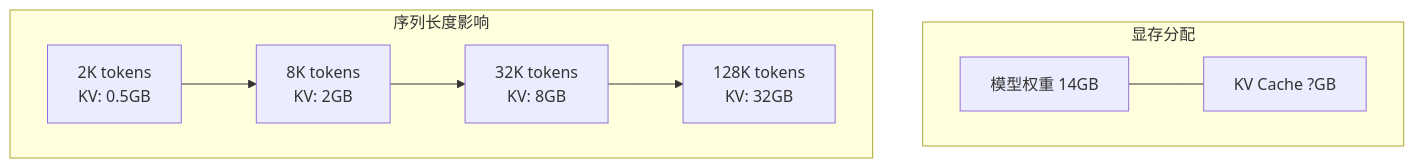
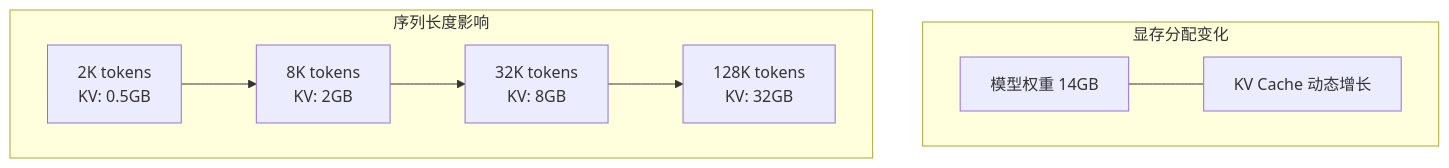
One commit to Xunzhuo/mini-sglang changed the second of 8 diagrams in learning/website/docs/basics/15-kv-cache.md. Above: the diagram before and after it, drawn with Mermaid. The commit also changed other lines of this file and 23 other files, not shown here.

````diff
--- a/learning/website/docs/basics/15-kv-cache.md
+++ b/learning/website/docs/basics/15-kv-cache.md
@@ -183,12 +162,12 @@
 ```mermaid
 graph TB
-    subgraph 显存分配
-        M[模型权重 14GB] --- K[KV Cache ?GB]
+    subgraph "显存分配变化"
+        M[模型权重 14GB] --- K[KV Cache 动态增长]
     end
     
-    subgraph 序列长度影响
-        S1[2K tokens<br>KV: 0.5GB] --> S2[8K tokens<br>KV: 2GB]
-        S2 --> S3[32K tokens<br>KV: 8GB]
-        S3 --> S4[128K tokens<br>KV: 32GB]
+    subgraph "序列长度影响"
+        S1[2K tokens<br/>KV: 0.5GB] --> S2[8K tokens<br/>KV: 2GB]
+        S2 --> S3[32K tokens<br/>KV: 8GB]
+        S3 --> S4[128K tokens<br/>KV: 32GB]
     end
 ```
````
